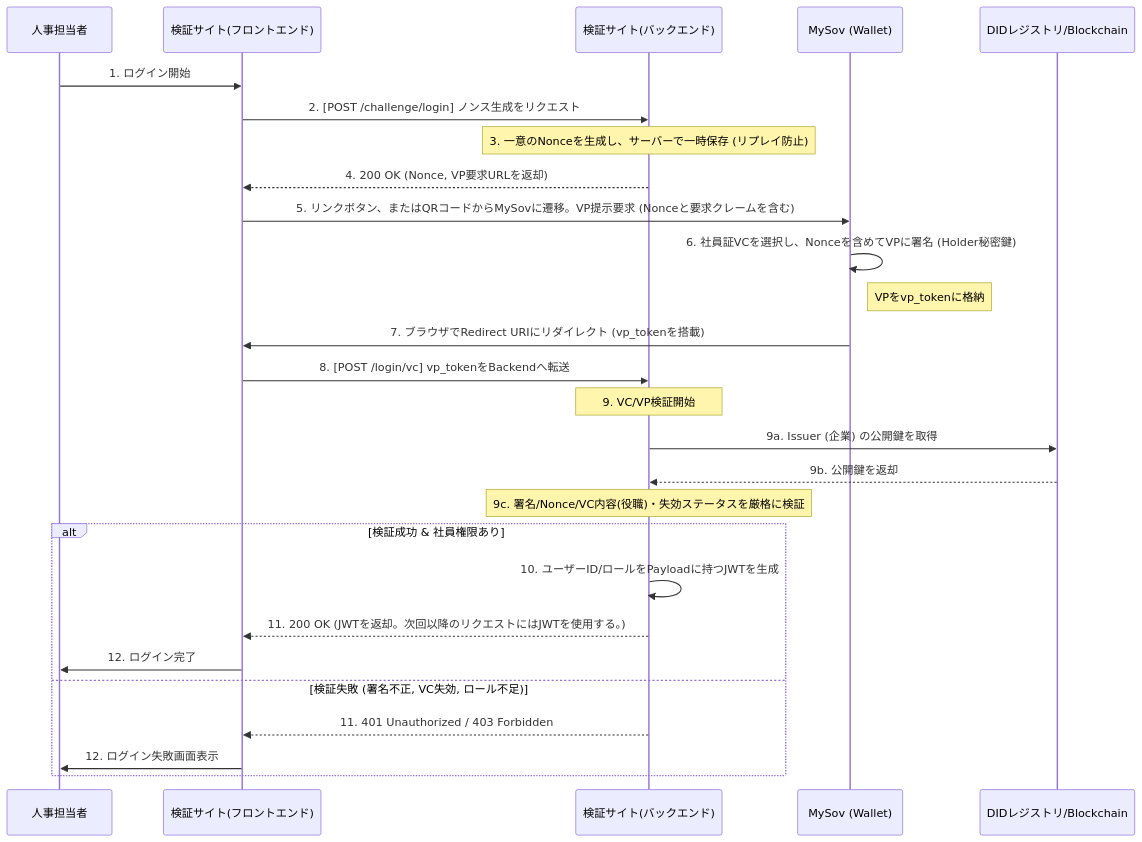
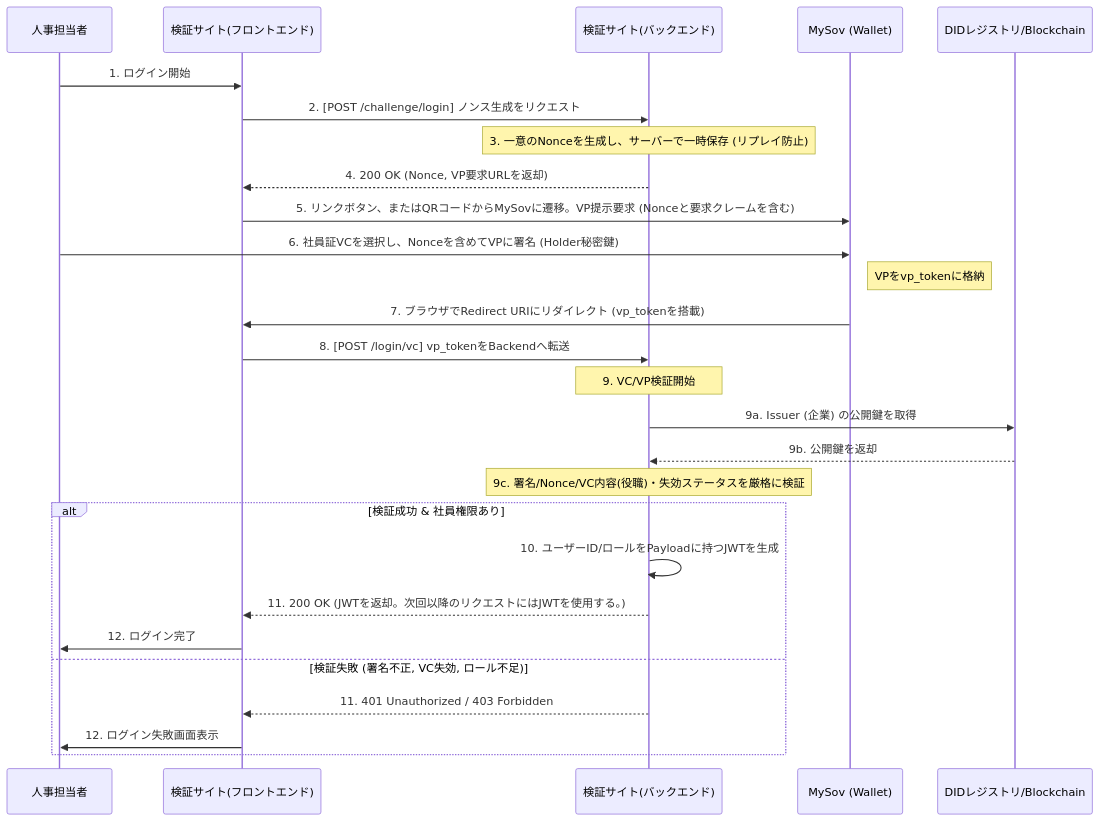
The first of 3 diagrams in README.md (satoke-dp/sample), drawn with Mermaid before and after one commit.

````diff
--- a/README.md
+++ b/README.md
@@ -3,37 +3,37 @@
 ```mermaid
 sequenceDiagram
     participant HR as 人事担当者
     participant IssuerFE as 検証サイト(フロントエンド)
     participant IssuerBE as 検証サイト(バックエンド)
     participant MySov as MySov (Wallet)
     participant VDR as DIDレジストリ/Blockchain
 
     HR->>IssuerFE: 1. ログイン開始
     
     %% VC検証要求 (Challenge Generation)
     IssuerFE->>IssuerBE: 2. [POST /challenge/login] ノンス生成をリクエスト
     Note over IssuerBE: 3. 一意のNonceを生成し、サーバーで一時保存 (リプレイ防止)
     IssuerBE-->>IssuerFE: 4. 200 OK (Nonce, VP要求URLを返却)
     IssuerFE->>MySov: 5. リンクボタン、またはQRコードからMySovに遷移。VP提示要求 (Nonceと要求クレームを含む)
 
     %% 署名と提示 (VP Presentation)
-    MySov->>MySov: 6. 社員証VCを選択し、Nonceを含めてVPに署名 (Holder秘密鍵)
+    HR->>MySov: 6. 社員証VCを選択し、Nonceを含めてVPに署名 (Holder秘密鍵)
     Note right of MySov: VPをvp_tokenに格納
     MySov->>IssuerFE: 7. ブラウザでRedirect URIにリダイレクト (vp_tokenを搭載)
     IssuerFE->>IssuerBE: 8. [POST /login/vc] vp_tokenをBackendへ転送
 
     %% 検証とセッション確立 (Verification & Session Grant)
     Note over IssuerBE: 9. VC/VP検証開始
     IssuerBE->>VDR: 9a.  Issuer (企業) の公開鍵を取得
     VDR-->>IssuerBE: 9b. 公開鍵を返却
     Note over IssuerBE: 9c. 署名/Nonce/VC内容(役職)・失効ステータスを厳格に検証
 
     alt 検証成功 & 社員権限あり
         IssuerBE->>IssuerBE: 10. ユーザーID/ロールをPayloadに持つJWTを生成
         IssuerBE-->>IssuerFE: 11. 200 OK (JWTを返却。次回以降のリクエストにはJWTを使用する。)
         IssuerFE->>HR: 12. ログイン完了
     else 検証失敗 (署名不正, VC失効, ロール不足)
         IssuerBE-->>IssuerFE: 11. 401 Unauthorized / 403 Forbidden
         IssuerFE->>HR: 12. ログイン失敗画面表示
     end
 ```
````
